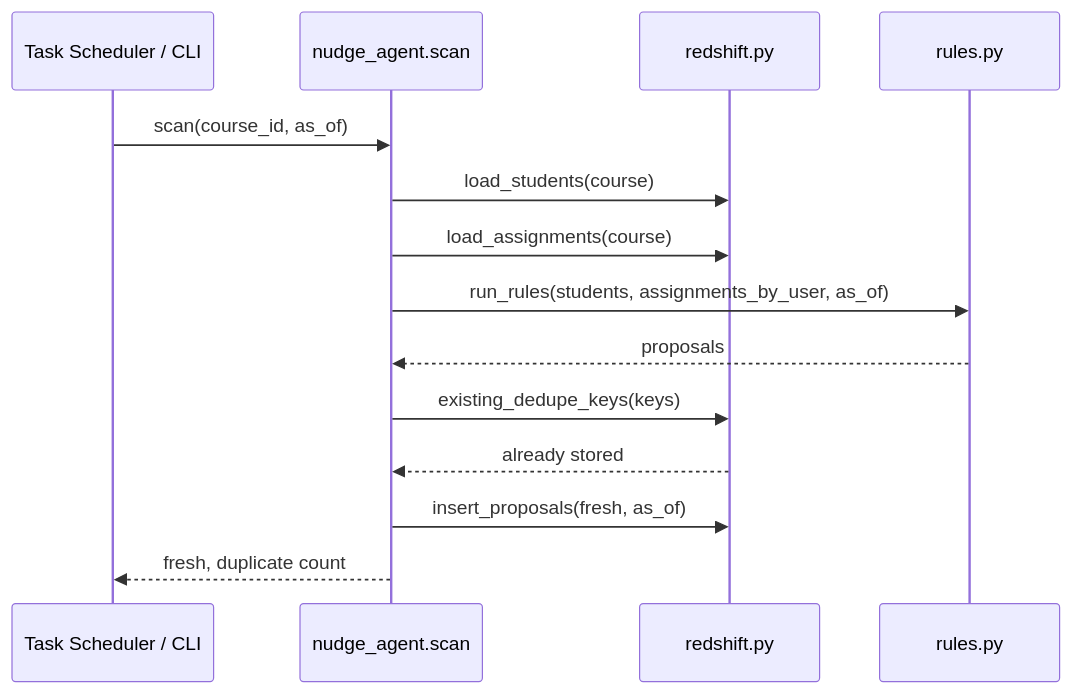
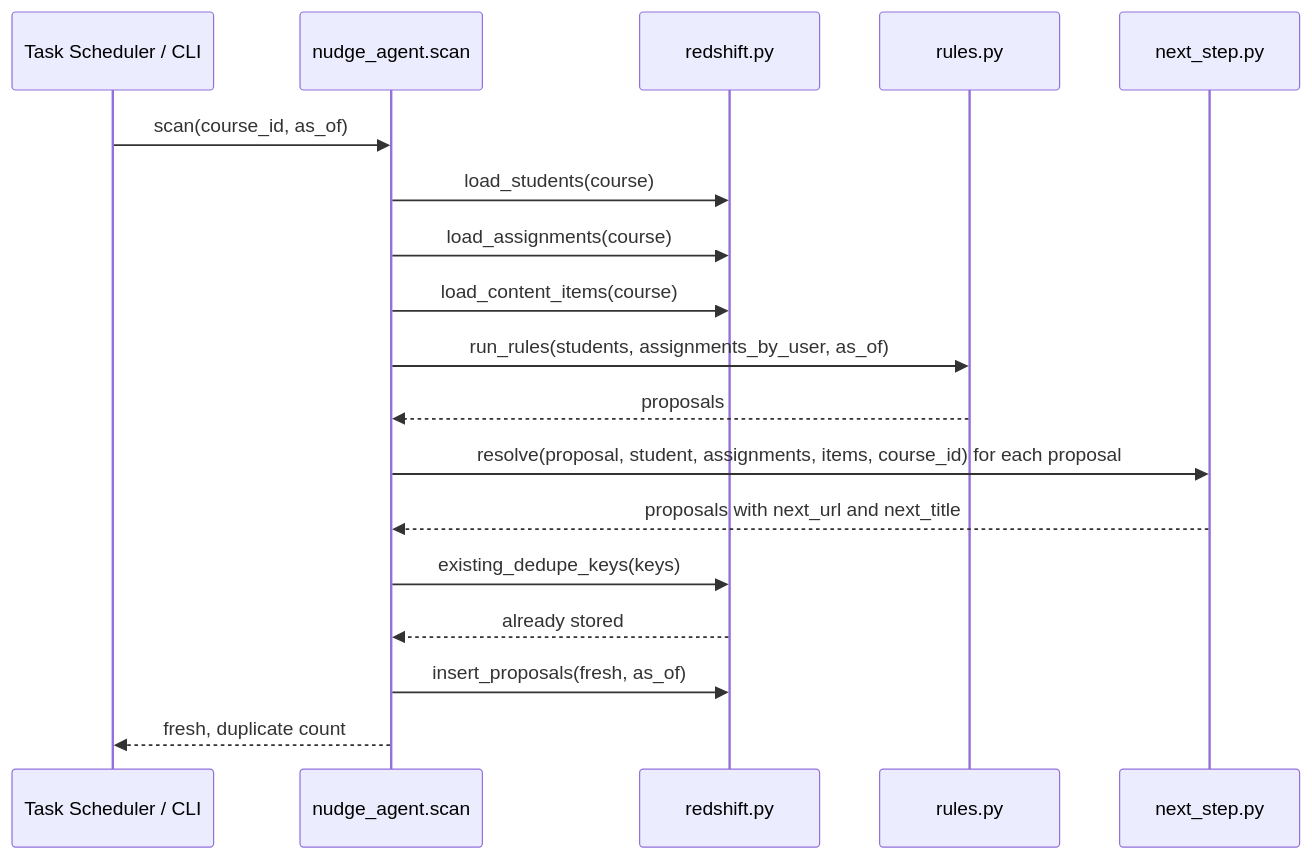
The fifth of 6 diagrams in docs/ARCHITECTURE.md (rdpatilds/nudge-agent), drawn with Mermaid before and after one commit. The commit also changed other lines of this file and 9 other files, not shown here.

Commit message:
Resolve next-step links per rule and carry the URL to Canvas and the dashboard

````diff
--- a/docs/ARCHITECTURE.md
+++ b/docs/ARCHITECTURE.md
@@ -178,16 +223,20 @@
 ```mermaid
 sequenceDiagram
     participant T as Task Scheduler / CLI
     participant A as nudge_agent.scan
     participant R as redshift.py
     participant K as rules.py
+    participant N as next_step.py
     T->>A: scan(course_id, as_of)
     A->>R: load_students(course)
     A->>R: load_assignments(course)
+    A->>R: load_content_items(course)
     A->>K: run_rules(students, assignments_by_user, as_of)
     K-->>A: proposals
+    A->>N: resolve(proposal, student, assignments, items, course_id) for each proposal
+    N-->>A: proposals with next_url and next_title
     A->>R: existing_dedupe_keys(keys)
     R-->>A: already stored
     A->>R: insert_proposals(fresh, as_of)
     A-->>T: fresh, duplicate count
 ```
````
